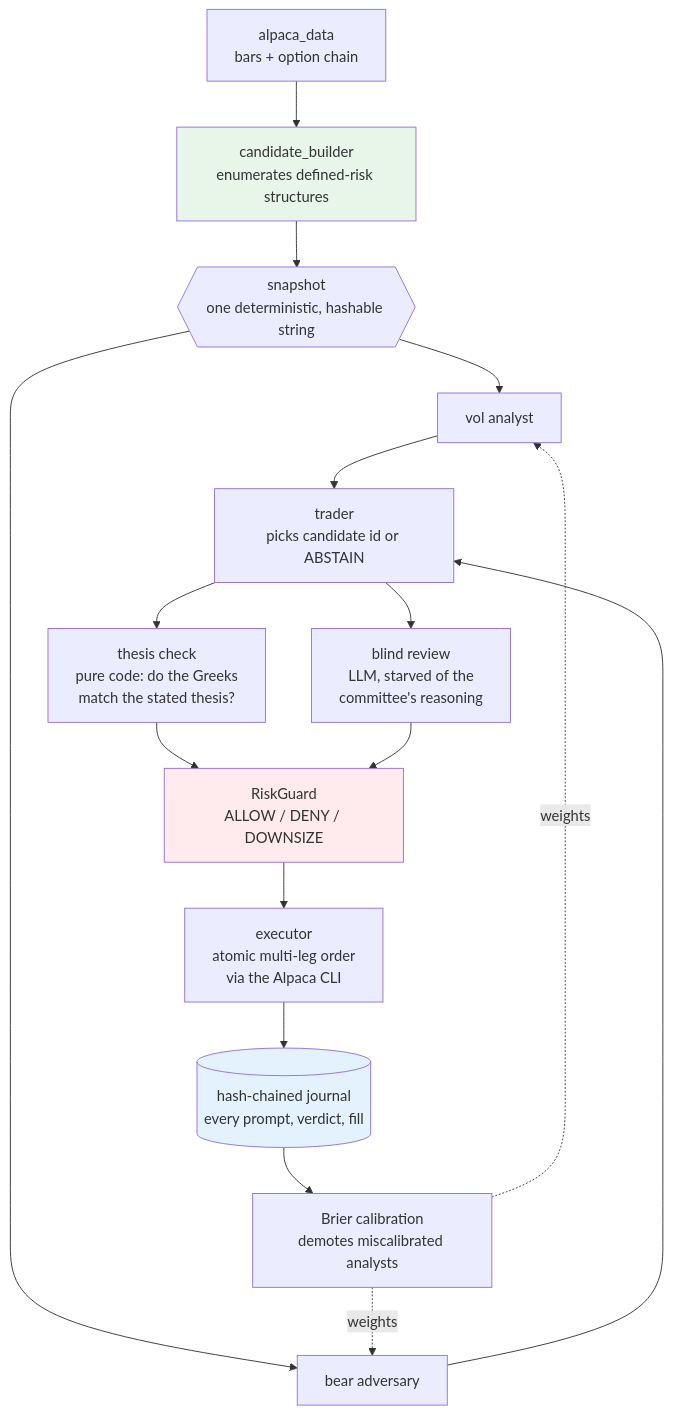
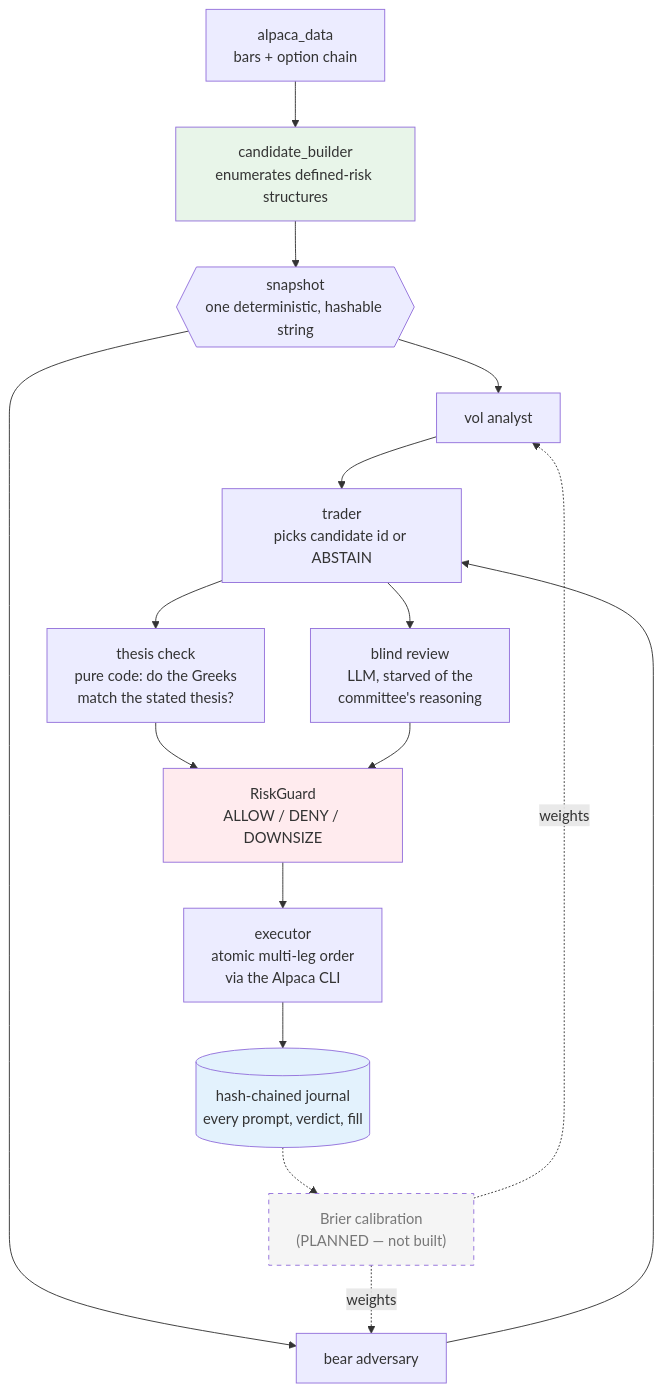
Before and after one commit to Prashant-thakur77/trading-alpaca: the diagram in README.md, drawn with Mermaid. The commit also changed other lines of this file, not shown here.

First line of the commit message:
docs: mark the calibration loop as planned in the architecture diagram

````diff
--- a/README.md
+++ b/README.md
@@ -25,25 +25,26 @@
 ```mermaid
 flowchart TD
     A[alpaca_data<br/>bars + option chain] --> B[candidate_builder<br/>enumerates defined-risk structures]
     B --> C{{"snapshot<br/>one deterministic, hashable string"}}
 
     C --> D[vol analyst]
     C --> E[bear adversary]
     D --> F[trader<br/>picks candidate id or ABSTAIN]
     E --> F
 
     F --> G[thesis check<br/>pure code: do the Greeks<br/>match the stated thesis?]
     F --> H[blind review<br/>LLM, starved of the<br/>committee's reasoning]
 
     G --> I[RiskGuard<br/>ALLOW / DENY / DOWNSIZE]
     H --> I
     I --> J[executor<br/>atomic multi-leg order<br/>via the Alpaca CLI]
     J --> K[(hash-chained journal<br/>every prompt, verdict, fill)]
-    K --> L[Brier calibration<br/>demotes miscalibrated analysts]
+    K -.-> L["Brier calibration<br/>(PLANNED — not built)"]
     L -.weights.-> D
     L -.weights.-> E
 
     style B fill:#e8f5e9
     style I fill:#ffebee
     style K fill:#e3f2fd
+    style L fill:#f5f5f5,stroke-dasharray: 5 5,color:#777
 ```
````
